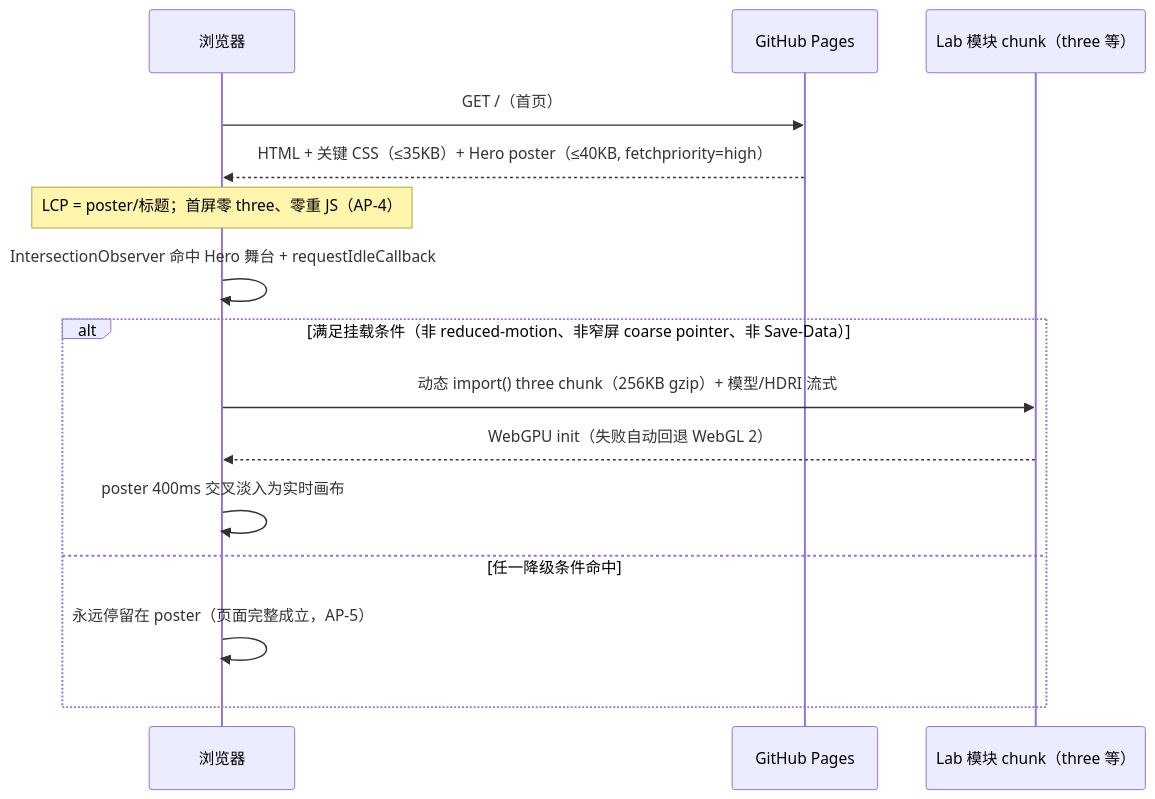
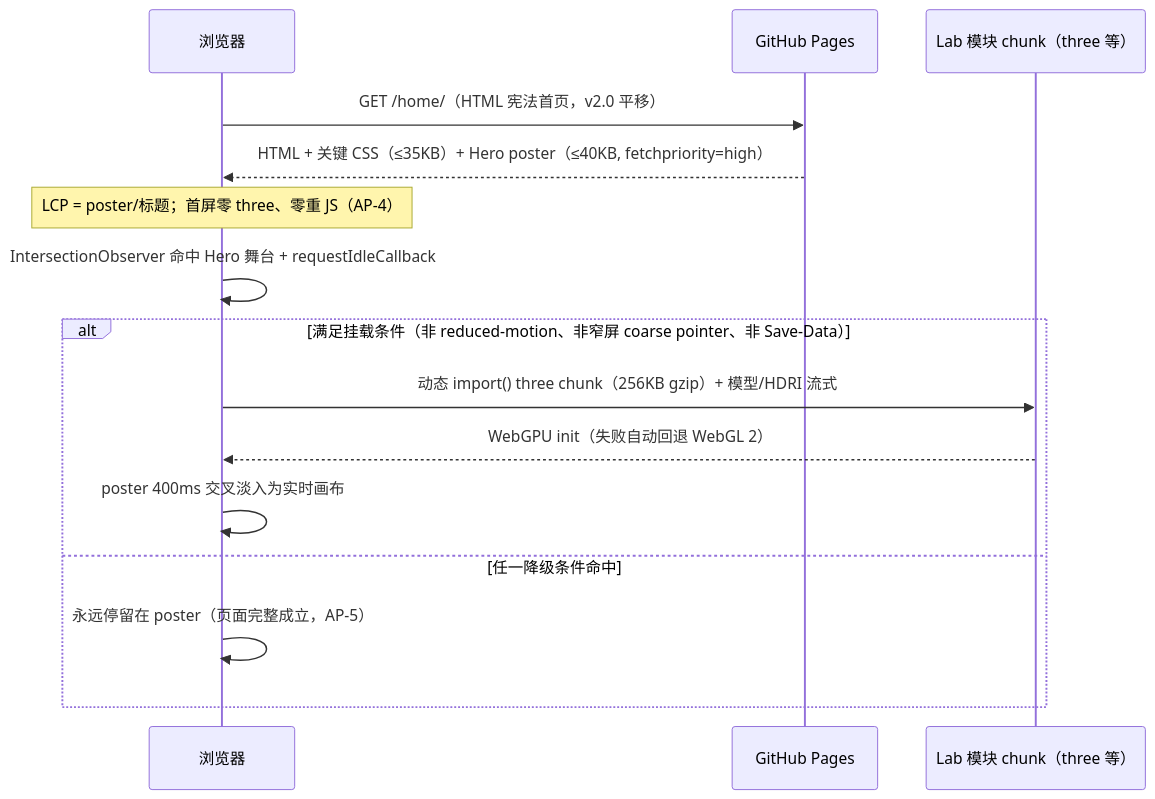
Before and after one commit to rayw-lab/website: the third of 5 diagrams in docs/spec/SRD.md, drawn with Mermaid. The commit also changed other lines of this file, not shown here.

````diff
--- a/docs/spec/SRD.md
+++ b/docs/spec/SRD.md
@@ -179,17 +182,17 @@
 ```mermaid
 sequenceDiagram
   participant B as 浏览器
   participant P as GitHub Pages
   participant L as Lab 模块 chunk（three 等）
-  B->>P: GET /（首页）
+  B->>P: GET /home/（HTML 宪法首页，v2.0 平移）
   P-->>B: HTML + 关键 CSS（≤35KB）+ Hero poster（≤40KB, fetchpriority=high）
   Note over B: LCP = poster/标题；首屏零 three、零重 JS（AP-4）
   B->>B: IntersectionObserver 命中 Hero 舞台 + requestIdleCallback
   alt 满足挂载条件（非 reduced-motion、非窄屏 coarse pointer、非 Save-Data）
     B->>L: 动态 import() three chunk（256KB gzip）+ 模型/HDRI 流式
     L-->>B: WebGPU init（失败自动回退 WebGL 2）
     B->>B: poster 400ms 交叉淡入为实时画布
   else 任一降级条件命中
     B->>B: 永远停留在 poster（页面完整成立，AP-5）
   end
 ```
````
